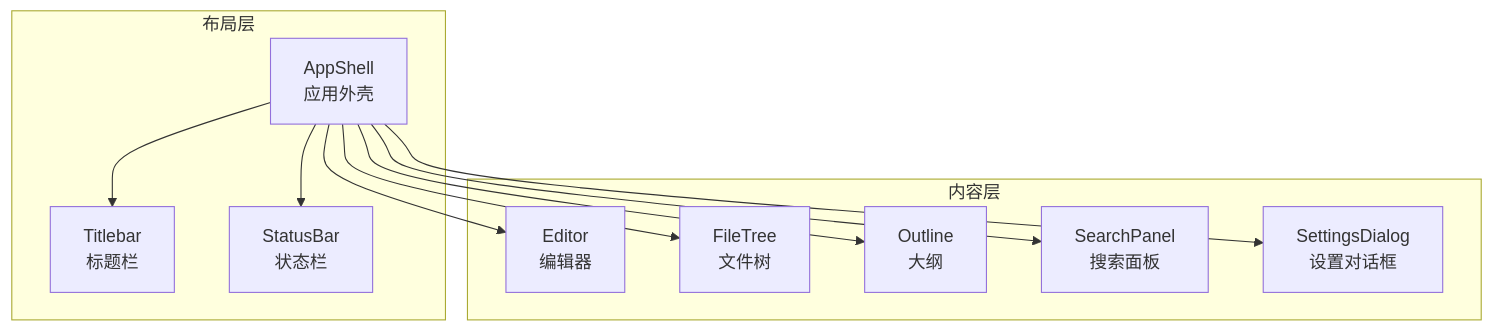
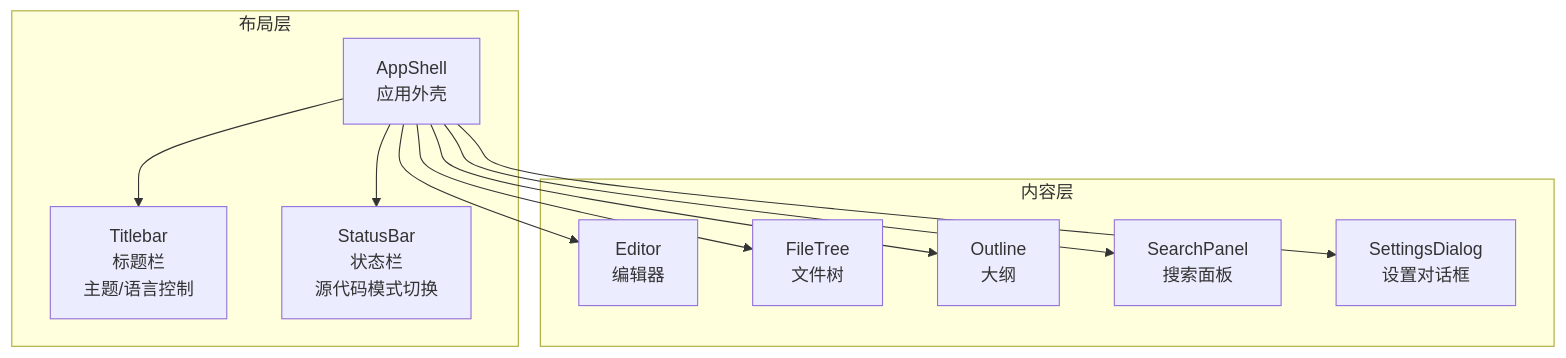
One commit to gongshiyun/ZenNote changed the first of 4 diagrams in .qoder/repowiki/zh/content/布局系统.md. Above: the diagram before and after it, drawn with Mermaid. The commit also changed other lines of this file and 40 other files, not shown here.

````diff
--- a/.qoder/repowiki/zh/content/布局系统.md
+++ b/.qoder/repowiki/zh/content/布局系统.md
@@ -45,22 +55,22 @@
 ```mermaid
 graph TB
 subgraph "布局层"
 AppShell["AppShell<br/>应用外壳"]
-Titlebar["Titlebar<br/>标题栏"]
-StatusBar["StatusBar<br/>状态栏"]
+Titlebar["Titlebar<br/>标题栏<br/>主题/语言控制"]
+StatusBar["StatusBar<br/>状态栏<br/>源代码模式切换"]
 end
 subgraph "内容层"
 Editor["Editor<br/>编辑器"]
 FileTree["FileTree<br/>文件树"]
 Outline["Outline<br/>大纲"]
 SearchPanel["SearchPanel<br/>搜索面板"]
 SettingsDialog["SettingsDialog<br/>设置对话框"]
 end
 AppShell --> Titlebar
 AppShell --> StatusBar
 AppShell --> Editor
 AppShell --> FileTree
 AppShell --> Outline
 AppShell --> SearchPanel
 AppShell --> SettingsDialog
 ```
````
